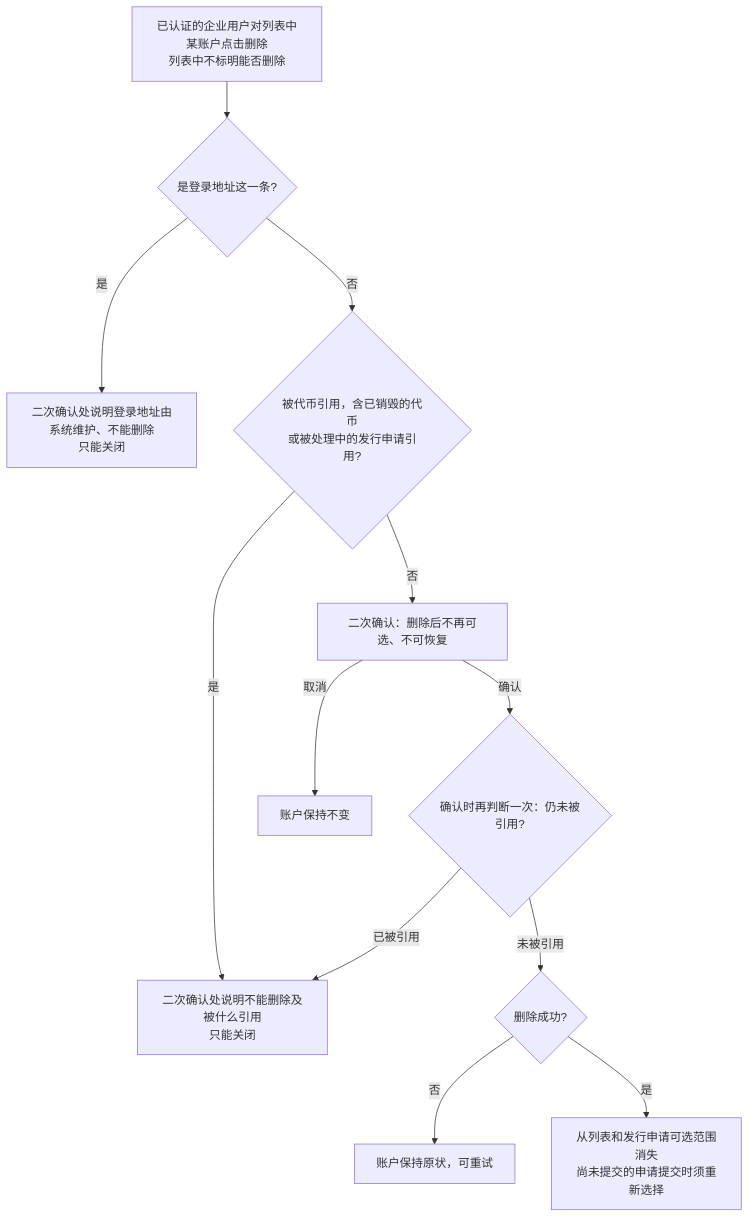
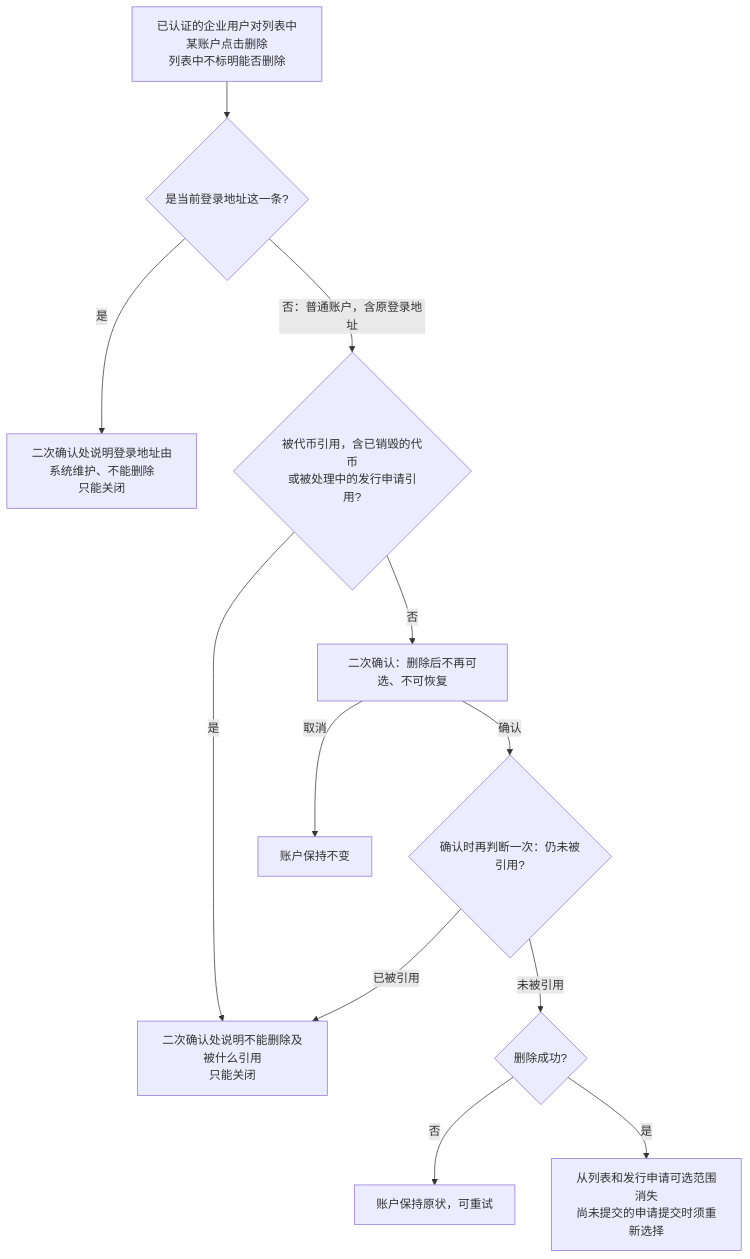
The fourth of 8 diagrams in token-issuance-platform/PRD/v1.0-企业登录与企业账户-流程图与状态机.md (wxblockchain/Chain-Financing), drawn with Mermaid before and after one commit. The commit also changed other lines of this file and 2 other files, not shown here.

````diff
--- a/token-issuance-platform/PRD/v1.0-企业登录与企业账户-流程图与状态机.md
+++ b/token-issuance-platform/PRD/v1.0-企业登录与企业账户-流程图与状态机.md
@@ -97,14 +97,14 @@
 ```mermaid
 flowchart TD
-    A[已认证的企业用户对列表中某账户点击删除<br/>列表中不标明能否删除] --> B{是登录地址这一条?}
+    A[已认证的企业用户对列表中某账户点击删除<br/>列表中不标明能否删除] --> B{是当前登录地址这一条?}
     B -->|是| B1[二次确认处说明登录地址由系统维护、不能删除<br/>只能关闭]
-    B -->|否| C{被代币引用，含已销毁的代币<br/>或被处理中的发行申请引用?}
+    B -->|否：普通账户，含原登录地址| C{被代币引用，含已销毁的代币<br/>或被处理中的发行申请引用?}
     C -->|是| C1[二次确认处说明不能删除及被什么引用<br/>只能关闭]
     C -->|否| D[二次确认：删除后不再可选、不可恢复]
     D -->|取消| D1[账户保持不变]
     D -->|确认| E{确认时再判断一次：仍未被引用?}
     E -->|已被引用| C1
     E -->|未被引用| F{删除成功?}
     F -->|否| F1[账户保持原状，可重试]
     F -->|是| G[从列表和发行申请可选范围消失<br/>尚未提交的申请提交时须重新选择]
 ```
````
